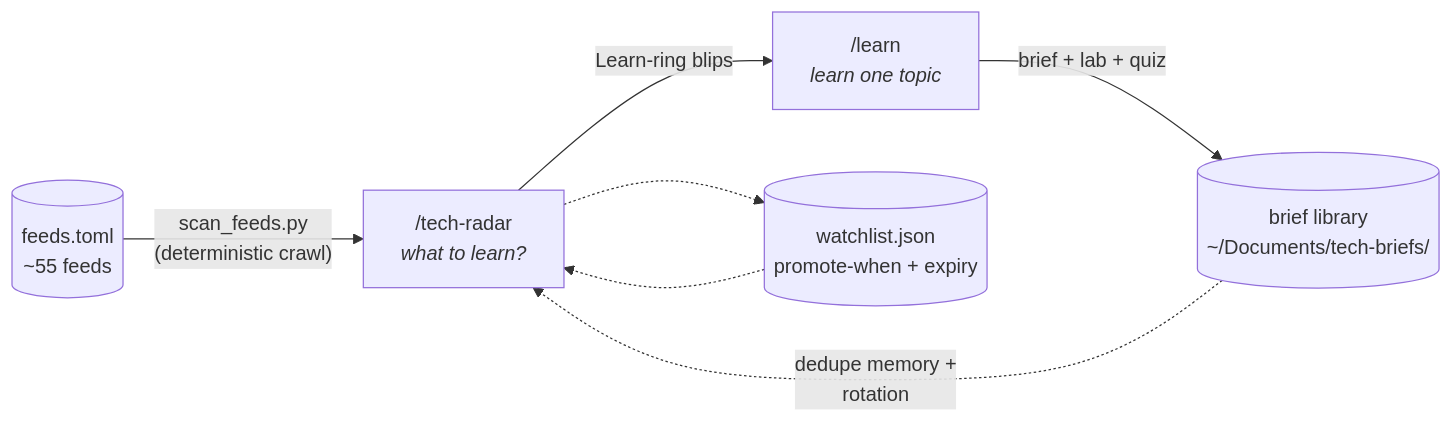
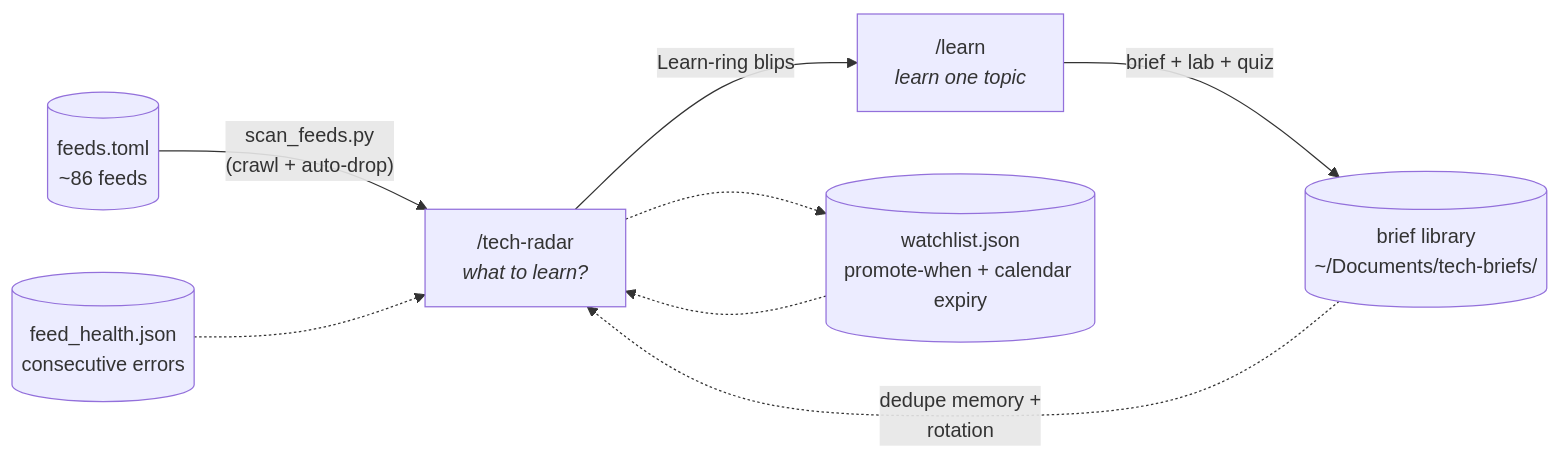
One commit to ayberkcansever/ai-skills changed the second of 2 diagrams in README.md. Above: the diagram before and after it, drawn with Mermaid. The commit also changed other lines of this file, not shown here.

First line of the commit message:
docs: sync learning README with the hardened tech-radar skill

````diff
--- a/README.md
+++ b/README.md
@@ -168,9 +169,10 @@
 ```mermaid
 flowchart LR
-    F[("feeds.toml<br/>~55 feeds")] -->|"scan_feeds.py<br/>(deterministic crawl)"| R["/tech-radar<br/><i>what to learn?</i>"]
+    F[("feeds.toml<br/>~86 feeds")] -->|"scan_feeds.py<br/>(crawl + auto-drop)"| R["/tech-radar<br/><i>what to learn?</i>"]
     R -->|"Learn-ring blips"| B["/learn<br/><i>learn one topic</i>"]
     B -->|"brief + lab + quiz"| L[("brief library<br/>~/Documents/tech-briefs/")]
     L -.->|"dedupe memory +<br/>rotation"| R
-    W[("watchlist.json<br/>promote-when + expiry")] -.-> R
+    W[("watchlist.json<br/>promote-when + calendar expiry")] -.-> R
     R -.-> W
+    H[("feed_health.json<br/>consecutive errors")] -.-> R
 ```
````
